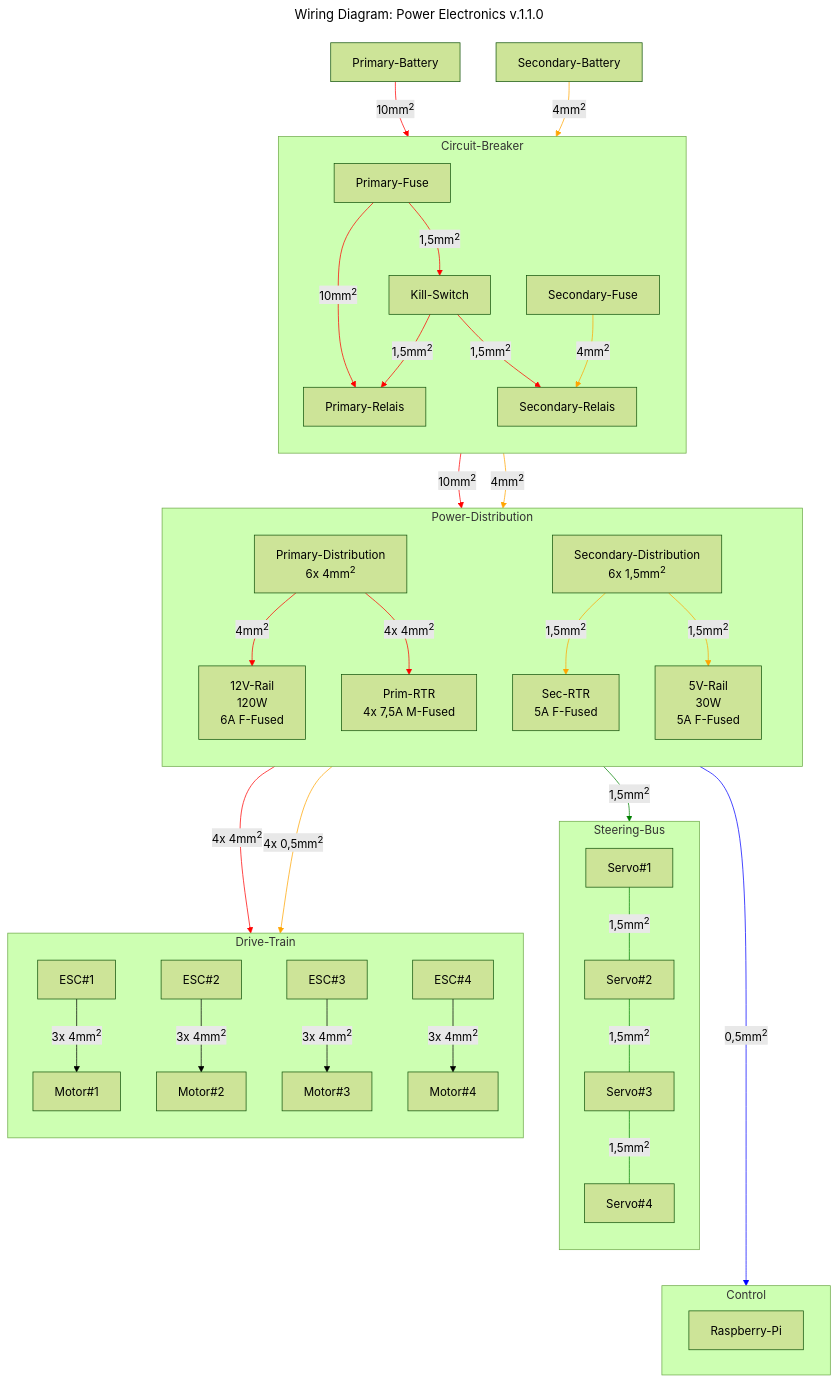
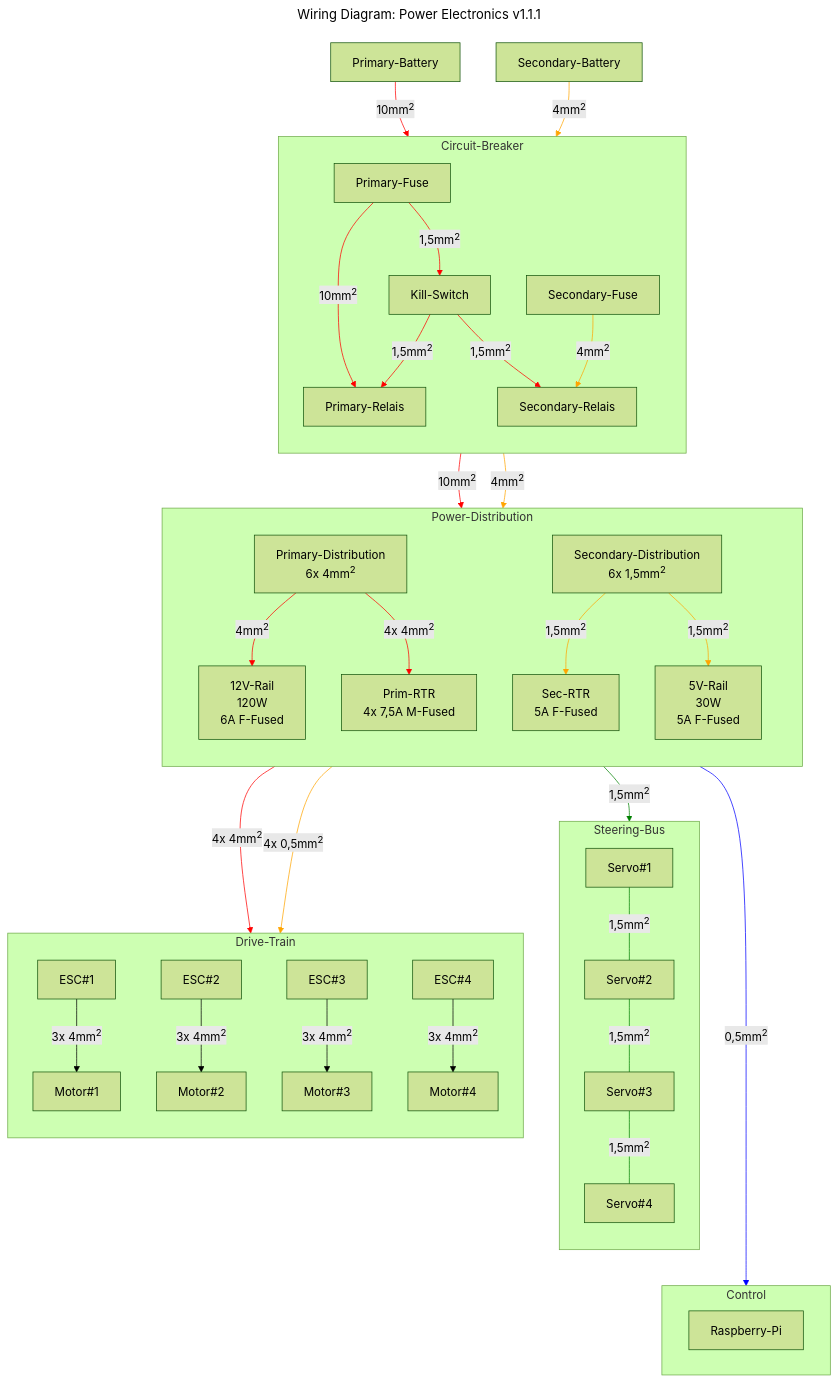
The diagram in hardware/wiring-diagram-p.mmd (RWU-R2M/PE), drawn with Mermaid (forest theme) before and after one commit.

Commit message:
updated versioning mistake

```diff
--- a/hardware/wiring-diagram-p.mmd
+++ b/hardware/wiring-diagram-p.mmd
@@ -1,52 +1,52 @@
 ---
-title: "Wiring Diagram: Power Electronics v.1.1.0"
+title: "Wiring Diagram: Power Electronics v1.1.1"
 ---
-%% v1.1.0
+%% v1.1.1
 
 graph TB
 
 Primary-Battery --> |10mm<sup>2| Primary-Fuse
 Secondary-Battery --> |4mm<sup>2| Secondary-Fuse
 subgraph Circuit-Breaker
     direction TB
     Primary-Fuse --> |10mm<sup>2| Primary-Relais
     Primary-Fuse --> |1,5mm<sup>2| Kill-Switch --> |1,5mm<sup>2| Primary-Relais & Secondary-Relais  
     Secondary-Fuse --> |4mm<sup>2| Secondary-Relais
 end
 
 Primary-Relais --> |10mm<sup>2| PD
 Secondary-Relais --> |4mm<sup>2| SD
 subgraph Power-Distribution
     direction TB
     PD[Primary-Distribution \n 6x 4mm<sup>2] 
     PD --> |4mm<sup>2| PDF1[12V-Rail \n 120W \n 6A F-Fused]
     PD --> |4x 4mm<sup>2| PDF2[Prim-RTR \n 4x 7,5A M-Fused] 
     SD[Secondary-Distribution \n 6x 1,5mm<sup>2] --> |1,5mm<sup>2| SDF1[Sec-RTR \n 5A F-Fused] & SDF2[5V-Rail \n 30W \n 5A F-Fused]
 end
 
 PDF1 --> |1,5mm<sup>2| Steering-Bus
 subgraph Steering-Bus
     direction TB
     Servo#1 --- |1,5mm<sup>2| Servo#2 --- |1,5mm<sup>2| Servo#3 --- |1,5mm<sup>2| Servo#4
 end
 
 
 PDF2--> |4x 4mm<sup>2| Drive-Train
 SDF1 --> |4x 0,5mm<sup>2| Drive-Train
 subgraph Drive-Train
     direction TB
     ESC#1 --> |3x 4mm<sup>2| Motor#1
     ESC#2 --> |3x 4mm<sup>2| Motor#2
     ESC#3 --> |3x 4mm<sup>2| Motor#3
     ESC#4 --> |3x 4mm<sup>2| Motor#4
 end
 
 SDF2 ---> |0,5mm<sup>2| Control
 subgraph Control
     Raspberry-Pi
 end
 
 linkStyle 0,2,3,4,5,7,9,10,17 stroke:red
 linkStyle 1,6,8,11,12,18 stroke:orange
 linkStyle 13,14,15,16 stroke:green
 linkStyle 23 stroke:blue
```
